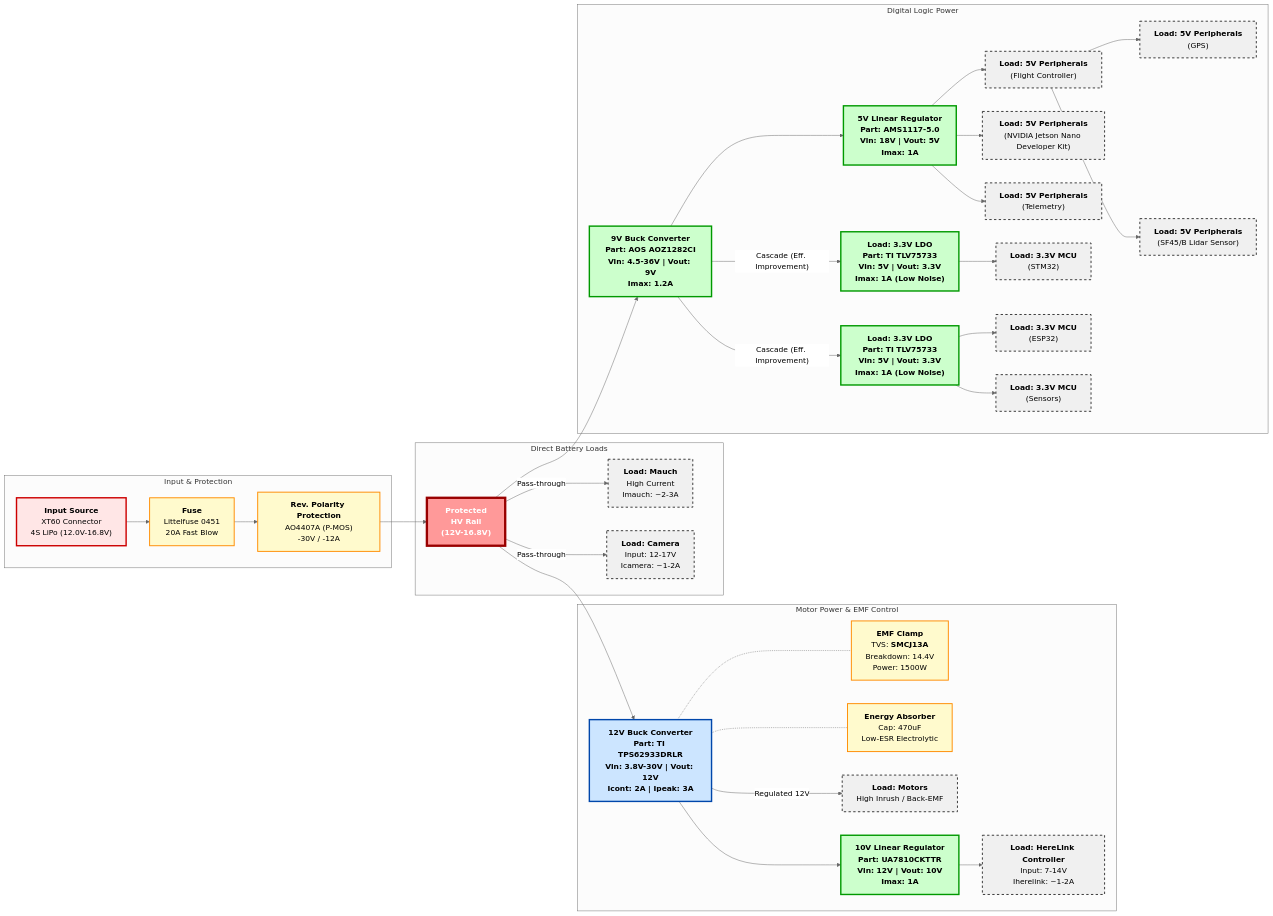
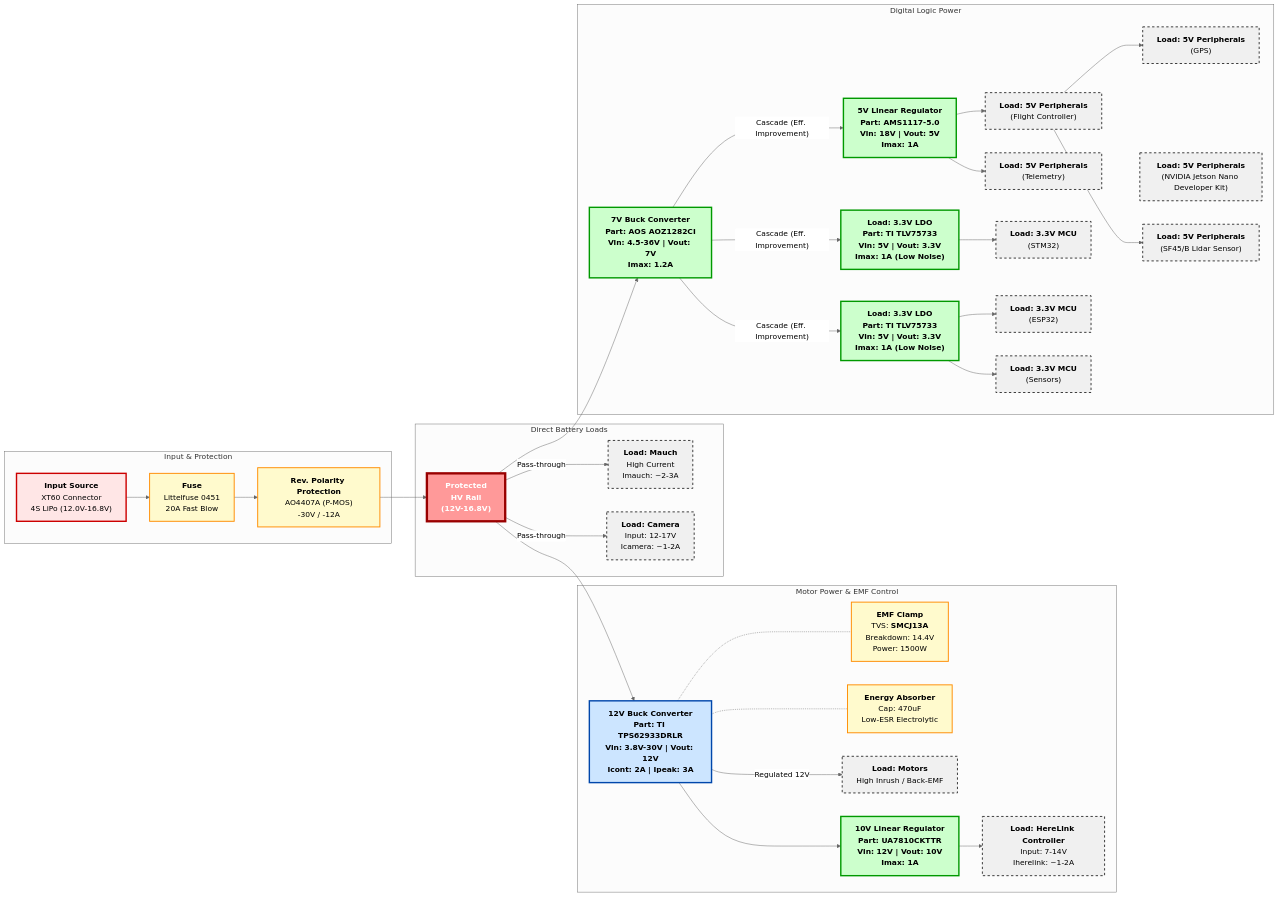
The diagram in README.md (Alex-Eagles/Season_26_AE_Hardware_System), drawn with Mermaid (neutral theme) before and after one commit.

```diff
--- a/README.md
+++ b/README.md
@@ -52,7 +52,7 @@
     %% --- LOGIC REGULATION ---
     subgraph LOGIC_STAGE [Digital Logic Power]
         BUCK5["<b>5V Linear Regulator</b><br/>Part: <b>AMS1117-5.0</b><br/>Vin: 18V | Vout: 5V<br/>Imax: 1A"]:::reg5
-        BUCK9["<b>9V Buck Converter</b><br/>Part: <b>AOS AOZ1282CI</b><br/>Vin: 4.5-36V | Vout: 9V<br/>Imax: 1.2A"]:::reg5
+        BUCK9["<b>7V Buck Converter</b><br/>Part: <b>AOS AOZ1282CI</b><br/>Vin: 4.5-36V | Vout: 7V<br/>Imax: 1.2A"]:::reg5
         LDO33["<b>Load: 3.3V LDO</b><br/>Part: <b>TI TLV75733</b><br/>Vin: 5V | Vout: 3.3V<br/>Imax: 1A (Low Noise)"]:::reg5
         LDO333["<b>Load: 3.3V LDO</b><br/>Part: <b>TI TLV75733</b><br/>Vin: 5V | Vout: 3.3V<br/>Imax: 1A (Low Noise)"]:::reg5
 
@@ -67,12 +67,11 @@
         MCUESS["<b>Load: 3.3V MCU</b><br/>(Sensors)"]:::load
 
         BUS_HV --> BUCK9
-        BUCK9 --> BUCK5
+        BUCK9 -->|"Cascade (Eff. Improvement)"| BUCK5
         BUCK9 -->|"Cascade (Eff. Improvement)"| LDO333
         LDO333 --> MCUESS
         LDO33 --> MCUST
         LDO333 --> MCUES 
-        BUCK5 --> COMP
         BUCK5 --> TEL
         BUCK9 -->|"Cascade (Eff. Improvement)"| LDO33
         BUCK5--> FC
```
